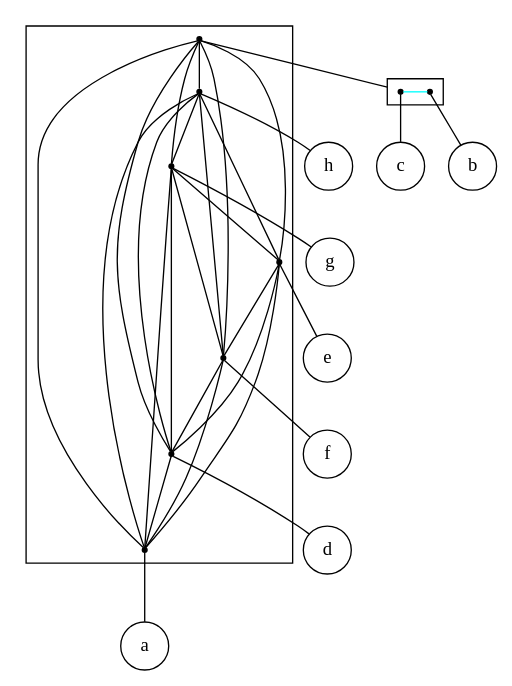
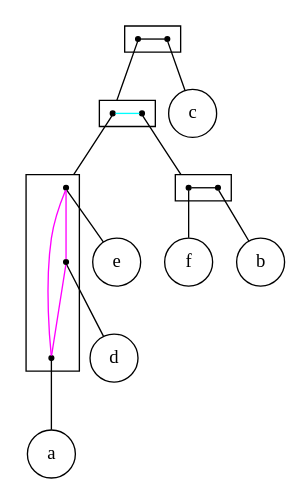
Before and after one commit to lrodrin/TFG: the diagram in src/final/linear_2-structure.dot, drawn with Graphviz. The commit also changed 2 other files, not shown here.

```diff
--- a/src/final/linear_2-structure.dot
+++ b/src/final/linear_2-structure.dot
@@ -1,55 +1,47 @@
 strict digraph "linear_2-structure" {
 compound=true;
 fontname=Verdana;
 fontsize=12;
 newrank=true;
 node [shape=circle];
-h;
-g;
+c;
 e;
-f;
 d;
 a;
-c;
+f;
 b;
-subgraph cluster_cdhebfga {
+subgraph cluster_abcfed {
+rank=same;
 node [shape=point];
-s_cb -> s_h  [color=black, arrowhead=none];
-s_cb -> s_g  [color=black, arrowhead=none];
-s_cb -> s_e  [color=black, arrowhead=none];
-s_cb -> s_f  [color=black, arrowhead=none];
-s_cb -> s_d  [color=black, arrowhead=none];
-s_cb -> s_a  [color=black, arrowhead=none];
-s_h -> s_g  [color=black, arrowhead=none];
-s_h -> s_e  [color=black, arrowhead=none];
-s_h -> s_f  [color=black, arrowhead=none];
-s_h -> s_d  [color=black, arrowhead=none];
-s_h -> s_a  [color=black, arrowhead=none];
-s_g -> s_e  [color=black, arrowhead=none];
-s_g -> s_f  [color=black, arrowhead=none];
-s_g -> s_d  [color=black, arrowhead=none];
-s_g -> s_a  [color=black, arrowhead=none];
-s_e -> s_f  [color=black, arrowhead=none];
-s_e -> s_d  [color=black, arrowhead=none];
-s_e -> s_a  [color=black, arrowhead=none];
-s_f -> s_d  [color=black, arrowhead=none];
-s_f -> s_a  [color=black, arrowhead=none];
-s_d -> s_a  [color=black, arrowhead=none];
+s_abfed -> s_c  [arrowhead=none, color=black];
 }
 
-subgraph cluster_cb {
+subgraph cluster_abfed {
 rank=same;
 node [shape=point];
-s_c -> s_b  [color=cyan, arrowhead=none];
+s_ead -> s_bf  [arrowhead=none, color=cyan];
 }
 
-s_cb -> s_c  [lhead=cluster_cb, arrowhead=none];
-s_h -> h  [arrowhead=none];
-s_g -> g  [arrowhead=none];
+subgraph cluster_ead {
+node [shape=point];
+s_e -> s_d  [arrowhead=none, color=magenta];
+s_e -> s_a  [arrowhead=none, color=magenta];
+s_d -> s_a  [arrowhead=none, color=magenta];
+}
+
+subgraph cluster_bf {
+rank=same;
+node [shape=point];
+s_f -> s_b  [arrowhead=none, color=black];
+}
+
+s_abfed -> s_ead  [arrowhead=none, lhead=cluster_abfed];
+s_c -> c  [arrowhead=none];
+s_ead -> s_e  [arrowhead=none, lhead=cluster_ead];
+s_bf -> s_f  [arrowhead=none, lhead=cluster_bf];
 s_e -> e  [arrowhead=none];
-s_f -> f  [arrowhead=none];
 s_d -> d  [arrowhead=none];
 s_a -> a  [arrowhead=none];
-s_c -> c  [arrowhead=none];
+s_f -> f  [arrowhead=none];
 s_b -> b  [arrowhead=none];
 }
```
